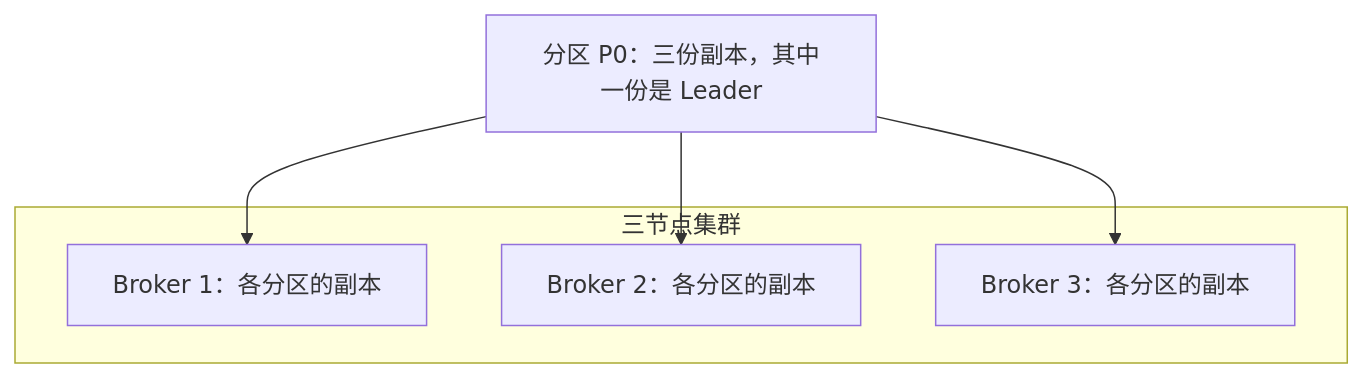
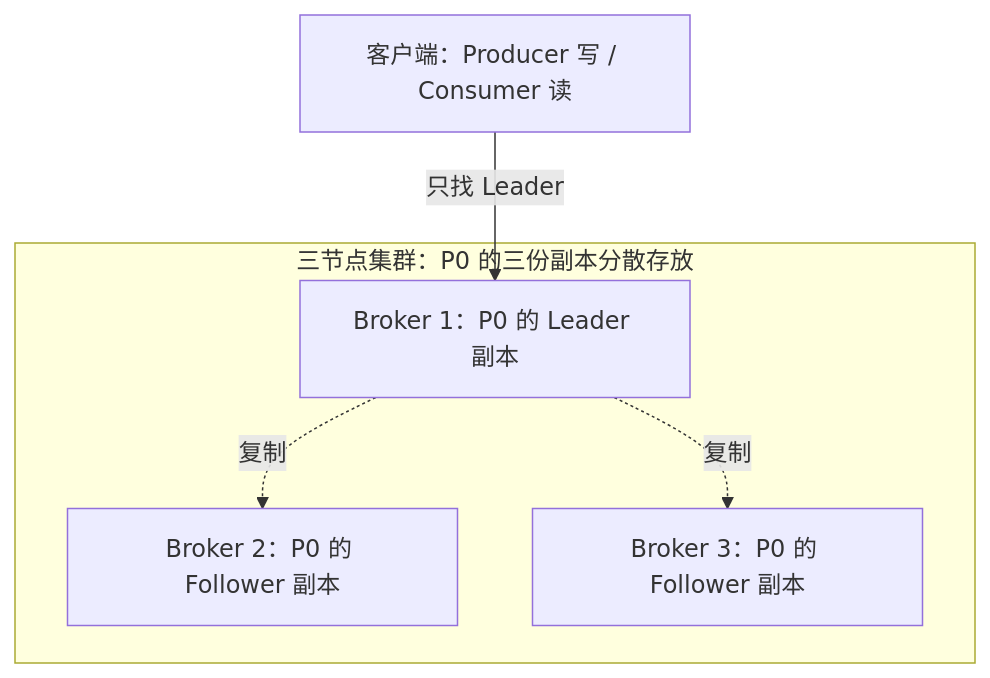
The first of 2 diagrams in chapters/08-replicas-isr.md (evaevable/kafkalearn), drawn with Mermaid before and after one commit. The commit also changed other lines of this file, not shown here.

Commit message:
docs: clarify partition replicas live on brokers and clients read leaders

````diff
--- a/chapters/08-replicas-isr.md
+++ b/chapters/08-replicas-isr.md
@@ -14,11 +14,11 @@
 ```mermaid
 flowchart TB
-    subgraph CL["三节点集群"]
-        K1["Broker 1：各分区的副本"]
-        K2["Broker 2：各分区的副本"]
-        K3["Broker 3：各分区的副本"]
+    subgraph CL["三节点集群：P0 的三份副本分散存放"]
+        K1["Broker 1：P0 的 Leader 副本"]
+        K2["Broker 2：P0 的 Follower 副本"]
+        K3["Broker 3：P0 的 Follower 副本"]
     end
-    P0["分区 P0：三份副本，其中一份是 Leader"] --> K1
-    P0 --> K2
-    P0 --> K3
+    C["客户端：Producer 写 / Consumer 读"] -->|"只找 Leader"| K1
+    K1 -.->|"复制"| K2
+    K1 -.->|"复制"| K3
 ```
````
